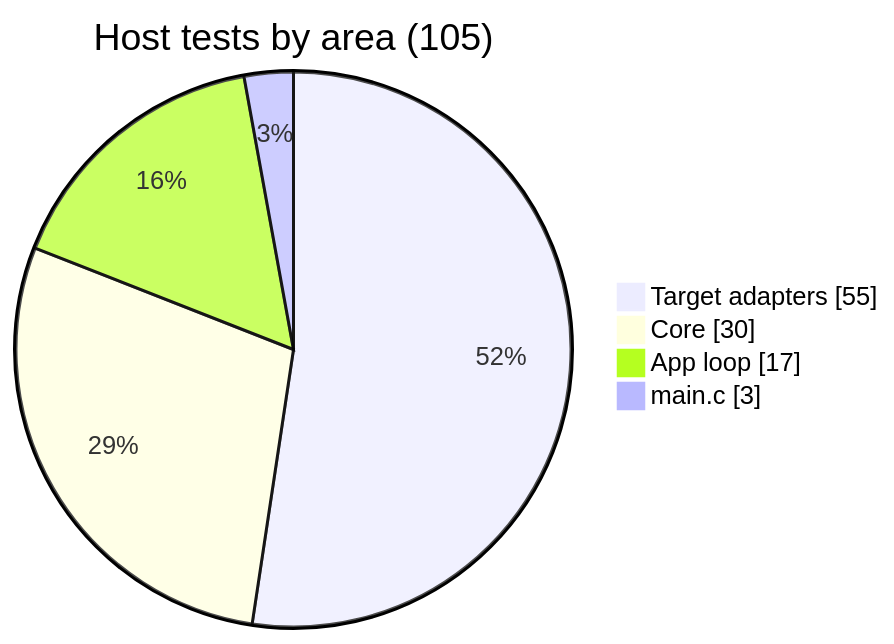
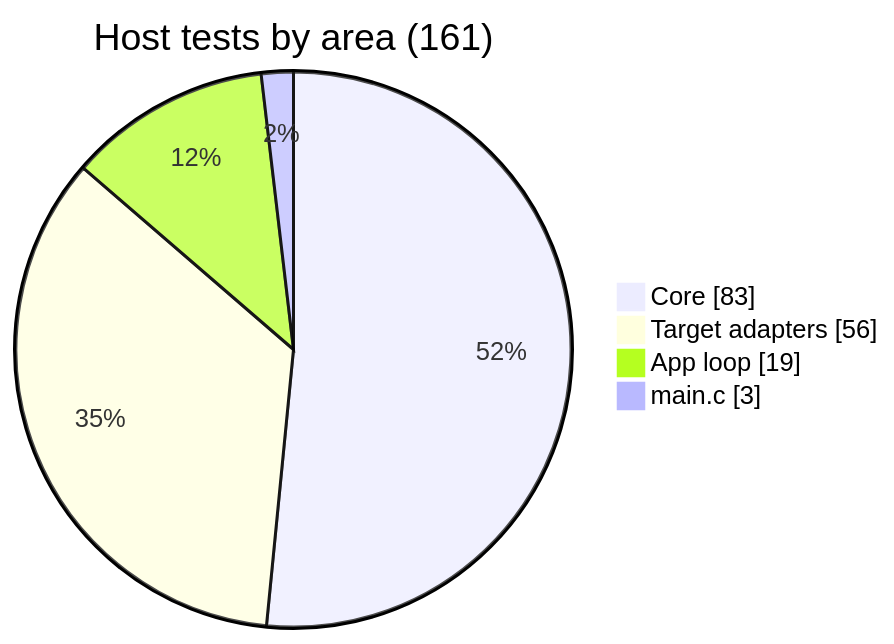
Before and after one commit to BonelessPig/nano_sequencer: diagram 16 of 19 in docs/ARCHITECTURE.md, drawn with Mermaid. The commit also changed other lines of this file and 33 other files, not shown here.

````diff
--- a/docs/ARCHITECTURE.md
+++ b/docs/ARCHITECTURE.md
@@ -485,8 +564,8 @@
 ```mermaid
 pie showData
-    title Host tests by area (105)
-    "Target adapters" : 55
-    "Core" : 30
-    "App loop" : 17
+    title Host tests by area (161)
+    "Core" : 83
+    "Target adapters" : 56
+    "App loop" : 19
     "main.c" : 3
 ```
````
